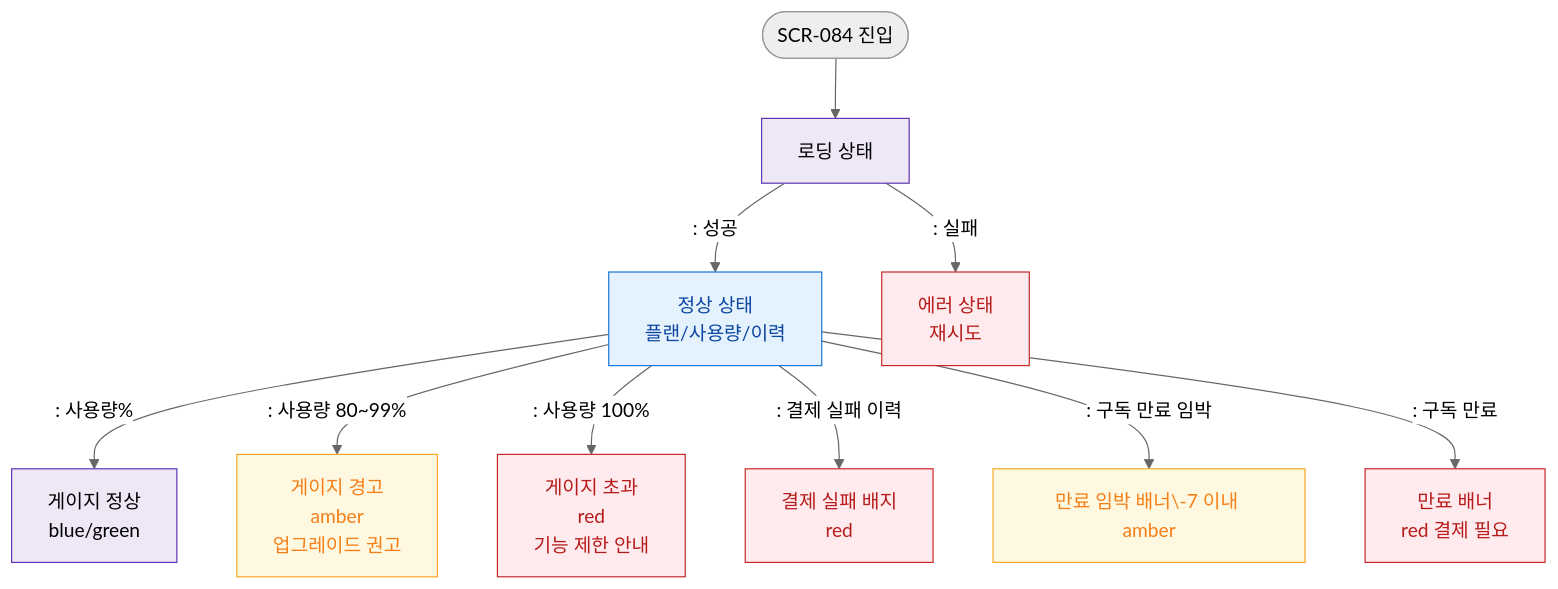
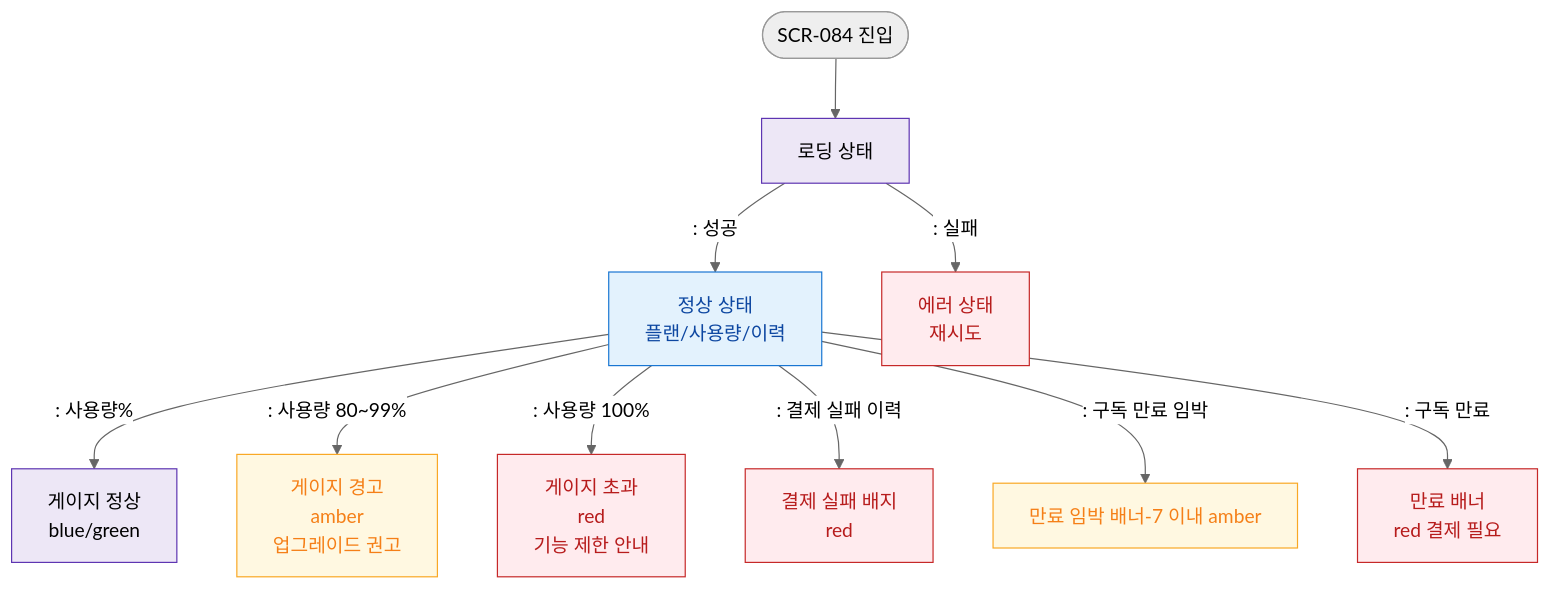
One commit to dev-spogym/admin-pando changed the diagram in docs/admin/다이어그램/D09_설정관리/SCR-084_구독결제관리/F6_상태별화면.md. Above: the diagram before and after it, drawn with Mermaid (neutral theme). The commit also changed 369 other files, not shown here.

````diff
--- a/docs/admin/다이어그램/D09_설정관리/SCR-084_구독결제관리/F6_상태별화면.md
+++ b/docs/admin/다이어그램/D09_설정관리/SCR-084_구독결제관리/F6_상태별화면.md
@@ -12,23 +12,23 @@
 ```mermaid
 flowchart TD
     Entry([SCR-084 진입]) --> Loading[로딩 상태]
     Loading -->|": 성공"|Normal[정상 상태\n플랜/사용량/이력]
     Loading -->|": 실패"|ErrorState[에러 상태\n재시도]
 
     Normal -->|": 사용량%"|UsageNormal[게이지 정상\nblue/green]
     Normal -->|": 사용량 80~99%"|UsageWarn[게이지 경고\namber\n업그레이드 권고]
     Normal -->|": 사용량 100%"|UsageMax[게이지 초과\nred\n기능 제한 안내]
 
     Normal -->|": 결제 실패 이력"|PayFail[결제 실패 배지\nred]
-    Normal -->|": 구독 만료 임박"|ExpireWarn[만료 임박 배너\-7 이내 amber]
+    Normal -->|": 구독 만료 임박"|ExpireWarn[만료 임박 배너-7 이내 amber]
     Normal -->|": 구독 만료"|ExpiredBanner[만료 배너\nred 결제 필요]
 
     classDef screen fill:#E3F2FD,stroke:#1976D2,color:#0D47A1
     classDef error fill:#FFEBEE,stroke:#C62828,color:#B71C1C
     classDef warning fill:#FFF8E1,stroke:#F9A825,color:#F57F17
     classDef system fill:#EDE7F6,stroke:#5E35B2
     class Normal screen
     class ErrorState,UsageMax,PayFail,ExpiredBanner error
     class UsageWarn,ExpireWarn warning
     class Loading,UsageNormal system
 ```
````
